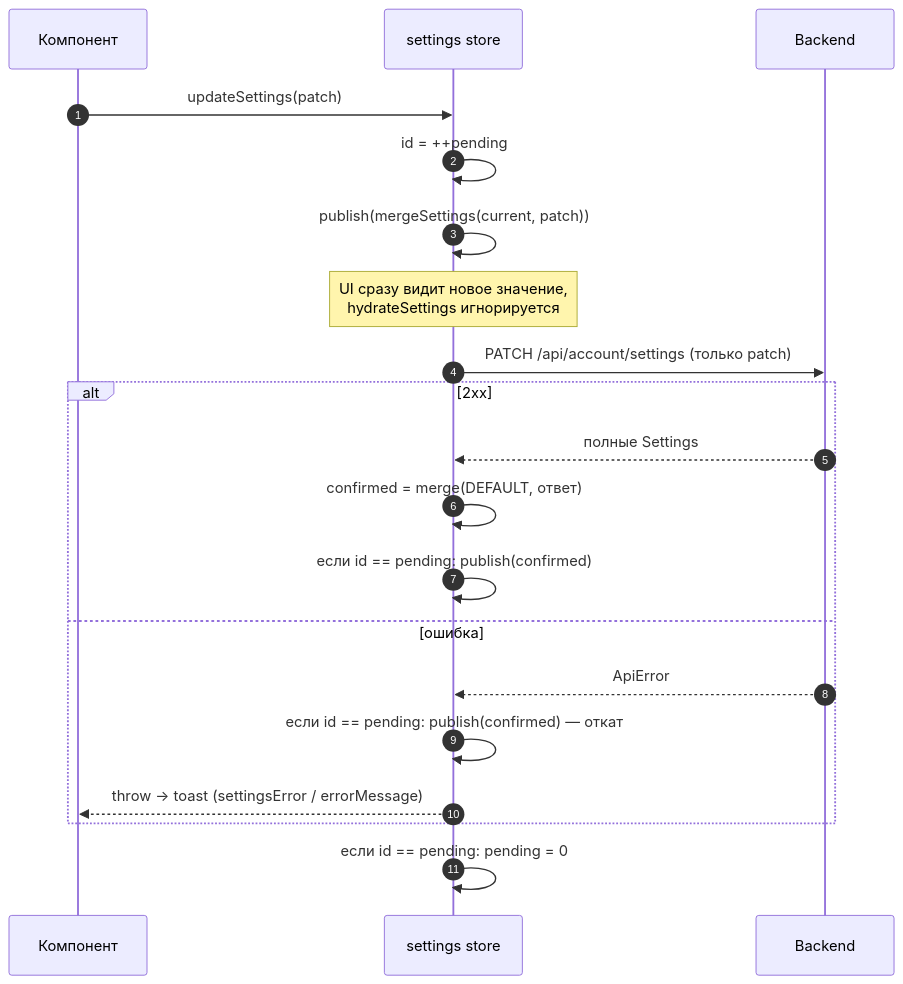
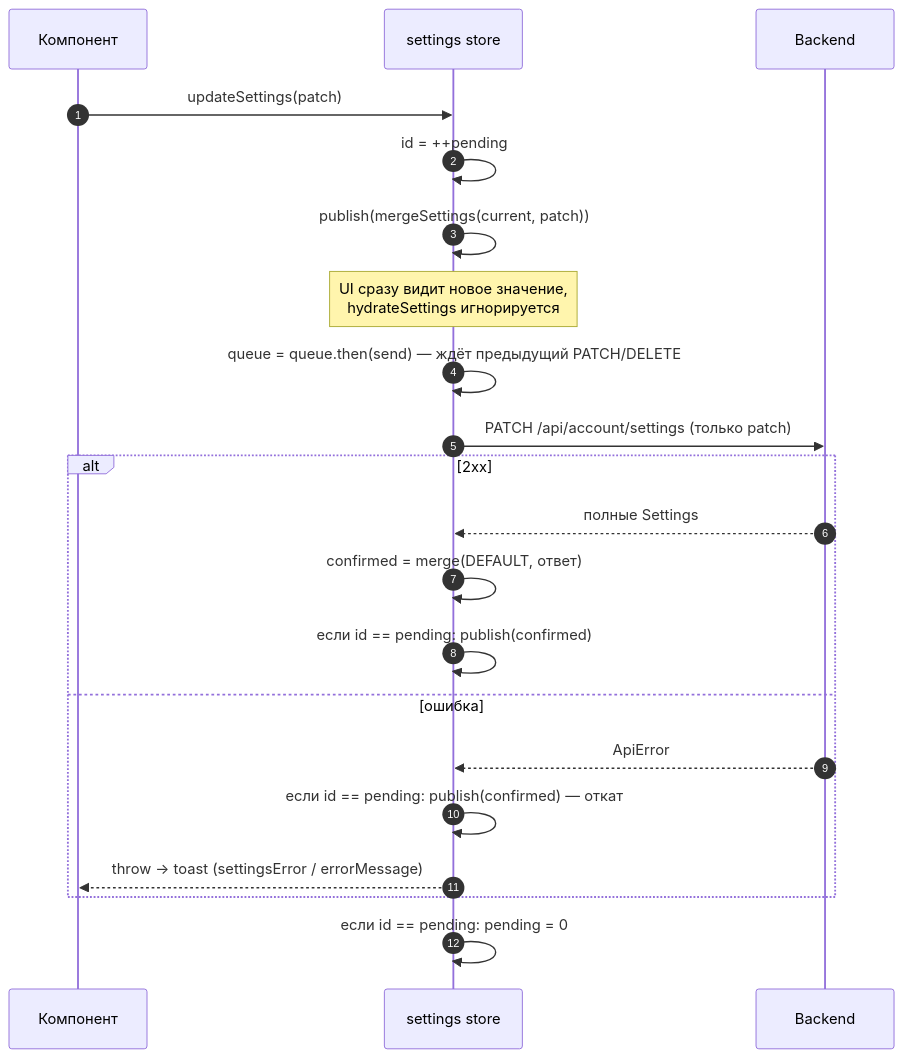
The fourth of 5 diagrams in docs/data-flow.md (NikitkaZXC/tcloud-frontend), drawn with Mermaid before and after one commit. The commit also changed other lines of this file and 3 other files, not shown here.

````diff
--- a/docs/data-flow.md
+++ b/docs/data-flow.md
@@ -154,22 +154,23 @@
 ```mermaid
 sequenceDiagram
     autonumber
     participant UI as Компонент
     participant S as settings store
     participant B as Backend
     UI->>S: updateSettings(patch)
     S->>S: id = ++pending
     S->>S: publish(mergeSettings(current, patch))
     Note over S: UI сразу видит новое значение,<br/>hydrateSettings игнорируется
+    S->>S: queue = queue.then(send) — ждёт предыдущий PATCH/DELETE
     S->>B: PATCH /api/account/settings (только patch)
     alt 2xx
         B-->>S: полные Settings
         S->>S: confirmed = merge(DEFAULT, ответ)
         S->>S: если id == pending: publish(confirmed)
     else ошибка
         B-->>S: ApiError
         S->>S: если id == pending: publish(confirmed) — откат
         S-->>UI: throw → toast (settingsError / errorMessage)
     end
     S->>S: если id == pending: pending = 0
 ```
````
